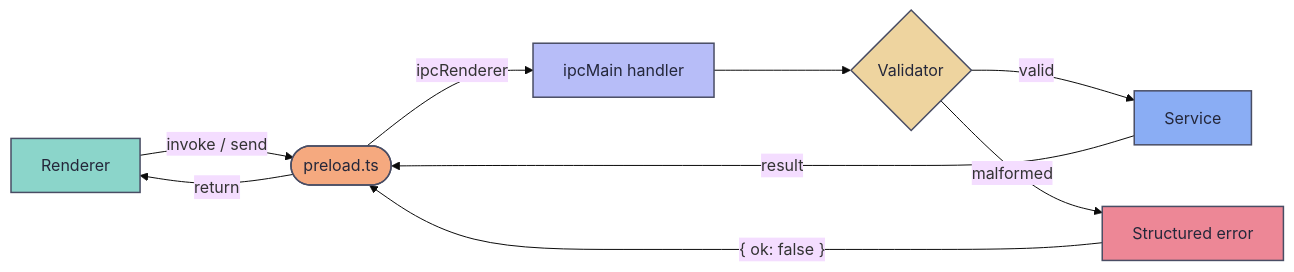
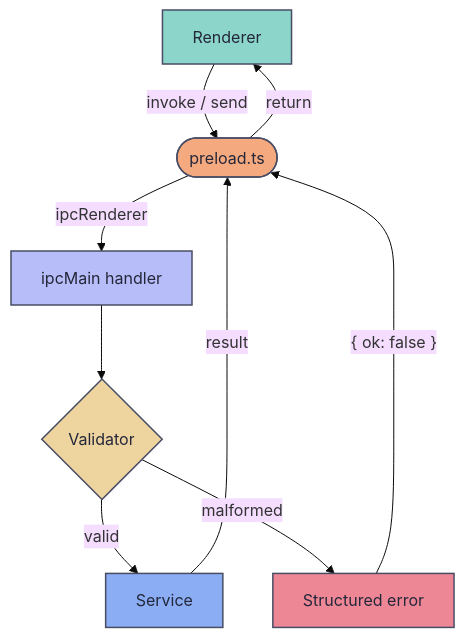
One commit to ksyasuda/SubMiner changed the diagram in docs-site/ipc-contracts.md. Above: the diagram before and after it, drawn with Mermaid (base theme). The commit also changed 20 other files, not shown here.

````diff
--- a/docs-site/ipc-contracts.md
+++ b/docs-site/ipc-contracts.md
@@ -11,27 +11,27 @@
 ```mermaid
-flowchart LR
+flowchart TB
   classDef rend fill:#8bd5ca,stroke:#494d64,color:#24273a,stroke-width:1.5px
   classDef bridge fill:#f5a97f,stroke:#494d64,color:#24273a,stroke-width:1.5px
   classDef valid fill:#eed49f,stroke:#494d64,color:#24273a,stroke-width:1.5px
   classDef handler fill:#b7bdf8,stroke:#494d64,color:#24273a,stroke-width:1.5px
   classDef svc fill:#8aadf4,stroke:#494d64,color:#24273a,stroke-width:1.5px
   classDef err fill:#ed8796,stroke:#494d64,color:#24273a,stroke-width:1.5px
 
   R["Renderer"]:::rend
   P(["preload.ts"]):::bridge
   M["ipcMain handler"]:::handler
   V{"Validator"}:::valid
   S["Service"]:::svc
   E["Structured error"]:::err
 
   R -->|"invoke / send"| P
   P -->|"ipcRenderer"| M
   M --> V
   V -->|"valid"| S
   V -->|"malformed"| E
   S -->|"result"| P
   E -->|"{ ok: false }"| P
   P -->|"return"| R
 
   style E fill:#ed8796,stroke:#494d64,color:#24273a,stroke-width:1.5px
 ```
````
